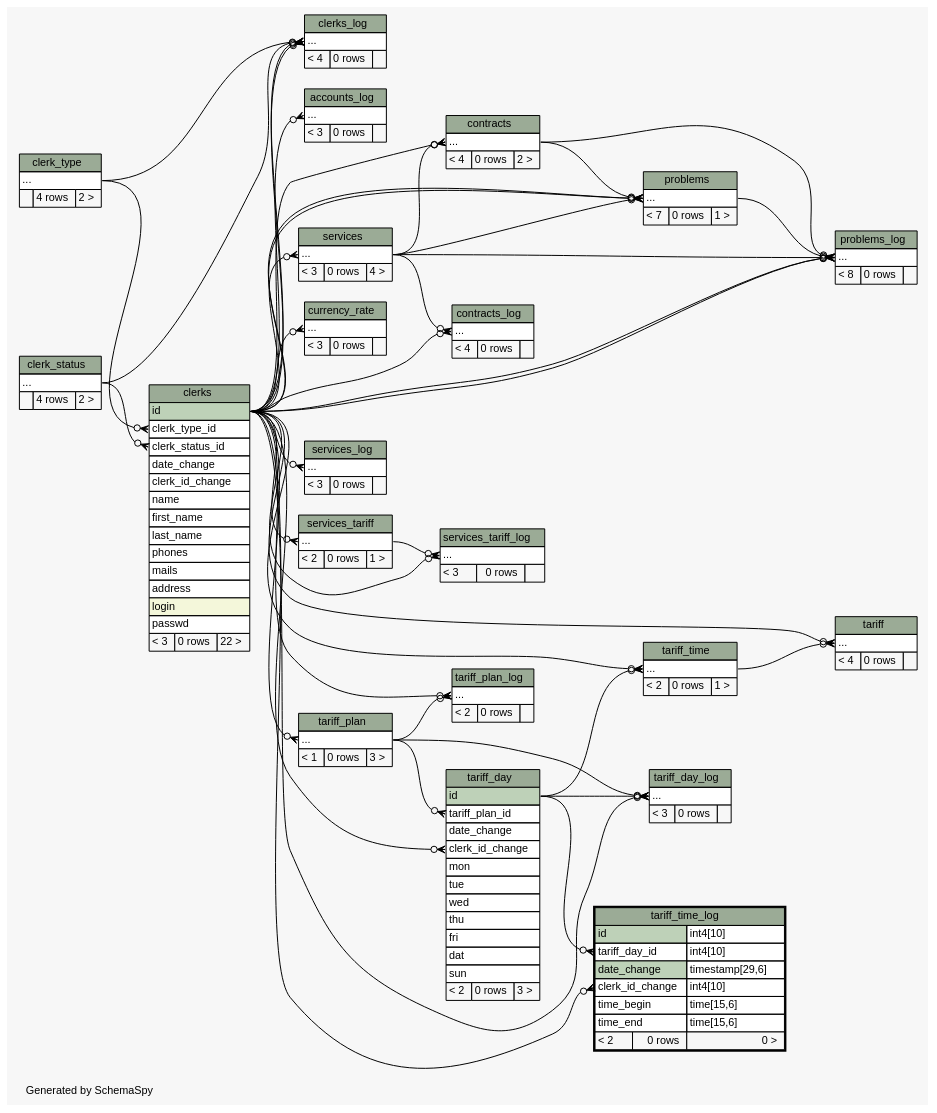
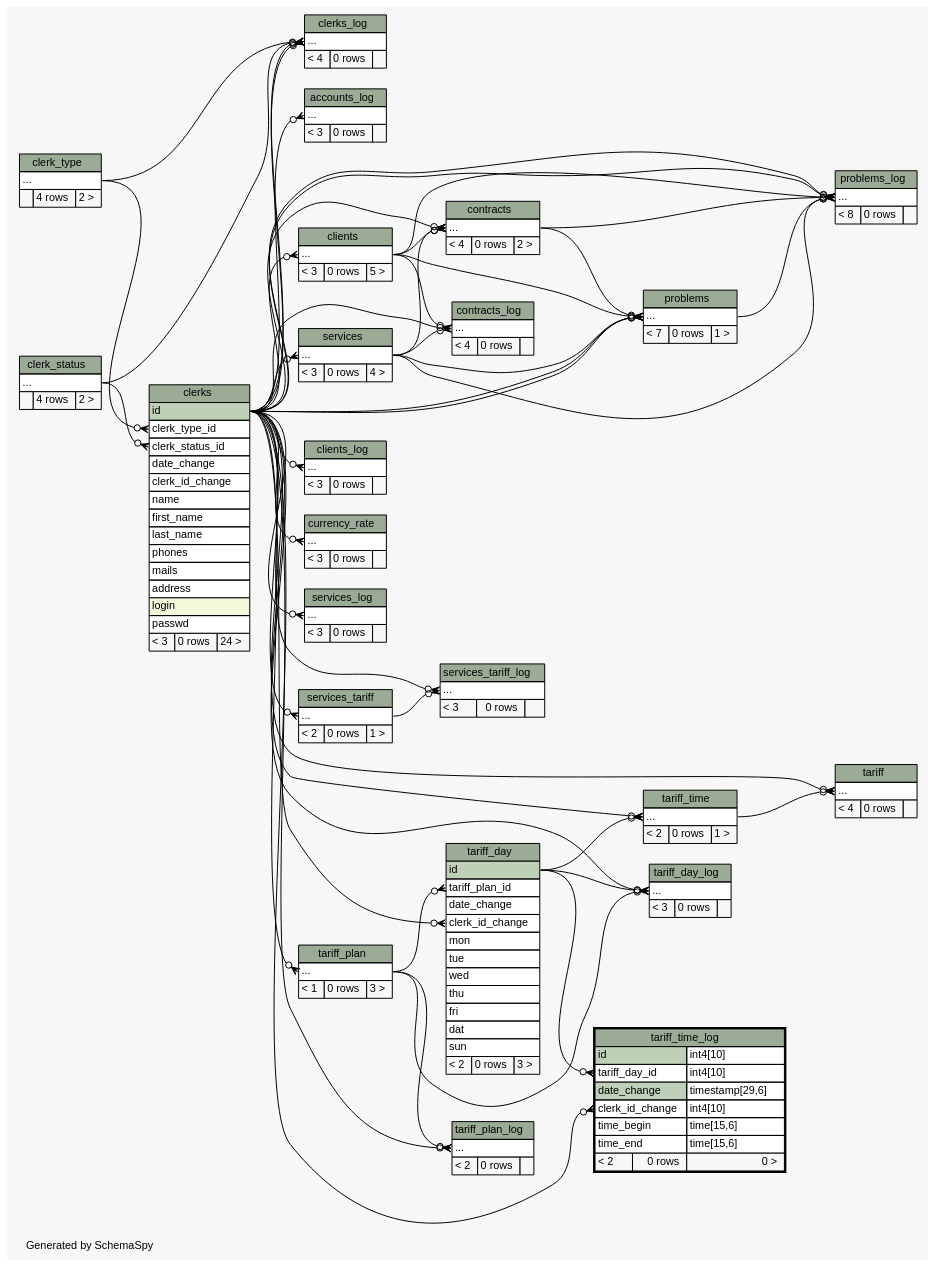
The diagram in db_schema/diagrams/tariff_time_log.2degrees.dot (okharch/avox), drawn with Graphviz before and after one commit. The commit also changed 166 other files, not shown here.

Commit message:
spyschema-modified

```diff
--- a/db_schema/diagrams/tariff_time_log.2degrees.dot
+++ b/db_schema/diagrams/tariff_time_log.2degrees.dot
@@ -26,17 +26,23 @@
   "clerks_log":"elipses":w -> "clerks":"id":e [arrowhead=none dir=back arrowtail=crowodot];
   "clerks_log":"elipses":w -> "clerk_status":"elipses":e [arrowhead=none dir=back arrowtail=crowodot];
   "clerks_log":"elipses":w -> "clerk_type":"elipses":e [arrowhead=none dir=back arrowtail=crowodot];
+  "clients":"elipses":w -> "clerks":"id":e [arrowhead=none dir=back arrowtail=crowodot];
+  "clients_log":"elipses":w -> "clerks":"id":e [arrowhead=none dir=back arrowtail=crowodot];
   "contracts":"elipses":w -> "clerks":"id":e [arrowhead=none dir=back arrowtail=crowodot];
+  "contracts":"elipses":w -> "clients":"elipses":e [arrowhead=none dir=back arrowtail=crowodot];
   "contracts":"elipses":w -> "services":"elipses":e [arrowhead=none dir=back arrowtail=crowodot];
   "contracts_log":"elipses":w -> "clerks":"id":e [arrowhead=none dir=back arrowtail=crowodot];
+  "contracts_log":"elipses":w -> "clients":"elipses":e [arrowhead=none dir=back arrowtail=crowodot];
   "contracts_log":"elipses":w -> "services":"elipses":e [arrowhead=none dir=back arrowtail=crowodot];
   "currency_rate":"elipses":w -> "clerks":"id":e [arrowhead=none dir=back arrowtail=crowodot];
   "problems":"elipses":w -> "clerks":"id":e [arrowhead=none dir=back arrowtail=crowodot];
   "problems":"elipses":w -> "clerks":"id":e [arrowhead=none dir=back arrowtail=crowodot];
+  "problems":"elipses":w -> "clients":"elipses":e [arrowhead=none dir=back arrowtail=crowodot];
   "problems":"elipses":w -> "contracts":"elipses":e [arrowhead=none dir=back arrowtail=crowodot];
   "problems":"elipses":w -> "services":"elipses":e [arrowhead=none dir=back arrowtail=crowodot];
   "problems_log":"elipses":w -> "clerks":"id":e [arrowhead=none dir=back arrowtail=crowodot];
   "problems_log":"elipses":w -> "clerks":"id":e [arrowhead=none dir=back arrowtail=crowodot];
+  "problems_log":"elipses":w -> "clients":"elipses":e [arrowhead=none dir=back arrowtail=crowodot];
   "problems_log":"elipses":w -> "contracts":"elipses":e [arrowhead=none dir=back arrowtail=crowodot];
   "problems_log":"elipses":w -> "problems":"elipses":e [arrowhead=none dir=back arrowtail=crowodot];
   "problems_log":"elipses":w -> "services":"elipses":e [arrowhead=none dir=back arrowtail=crowodot];
@@ -106,7 +112,7 @@
       <TR><TD PORT="address" COLSPAN="3" ALIGN="LEFT">address</TD></TR>
       <TR><TD PORT="login" COLSPAN="3" BGCOLOR="#f4f7da" ALIGN="LEFT">login</TD></TR>
       <TR><TD PORT="passwd" COLSPAN="3" ALIGN="LEFT">passwd</TD></TR>
-      <TR><TD ALIGN="LEFT" BGCOLOR="#f7f7f7">&lt; 3</TD><TD ALIGN="RIGHT" BGCOLOR="#f7f7f7">0 rows</TD><TD ALIGN="RIGHT" BGCOLOR="#f7f7f7">22 &gt;</TD></TR>
+      <TR><TD ALIGN="LEFT" BGCOLOR="#f7f7f7">&lt; 3</TD><TD ALIGN="RIGHT" BGCOLOR="#f7f7f7">0 rows</TD><TD ALIGN="RIGHT" BGCOLOR="#f7f7f7">24 &gt;</TD></TR>
     </TABLE>>
     URL="clerks.html"
     tooltip="clerks"
@@ -120,6 +126,26 @@
     </TABLE>>
     URL="clerks_log.html"
     tooltip="clerks_log"
+  ];
+  "clients" [
+    label=<
+    <TABLE BORDER="0" CELLBORDER="1" CELLSPACING="0" BGCOLOR="#ffffff">
+      <TR><TD COLSPAN="3" BGCOLOR="#9bab96" ALIGN="CENTER">clients</TD></TR>
+      <TR><TD PORT="elipses" COLSPAN="3" ALIGN="LEFT">...</TD></TR>
+      <TR><TD ALIGN="LEFT" BGCOLOR="#f7f7f7">&lt; 3</TD><TD ALIGN="RIGHT" BGCOLOR="#f7f7f7">0 rows</TD><TD ALIGN="RIGHT" BGCOLOR="#f7f7f7">5 &gt;</TD></TR>
+    </TABLE>>
+    URL="clients.html"
+    tooltip="clients"
+  ];
+  "clients_log" [
+    label=<
+    <TABLE BORDER="0" CELLBORDER="1" CELLSPACING="0" BGCOLOR="#ffffff">
+      <TR><TD COLSPAN="3" BGCOLOR="#9bab96" ALIGN="CENTER">clients_log</TD></TR>
+      <TR><TD PORT="elipses" COLSPAN="3" ALIGN="LEFT">...</TD></TR>
+      <TR><TD ALIGN="LEFT" BGCOLOR="#f7f7f7">&lt; 3</TD><TD ALIGN="RIGHT" BGCOLOR="#f7f7f7">0 rows</TD><TD ALIGN="RIGHT" BGCOLOR="#f7f7f7">  </TD></TR>
+    </TABLE>>
+    URL="clients_log.html"
+    tooltip="clients_log"
   ];
   "contracts" [
     label=<
```
